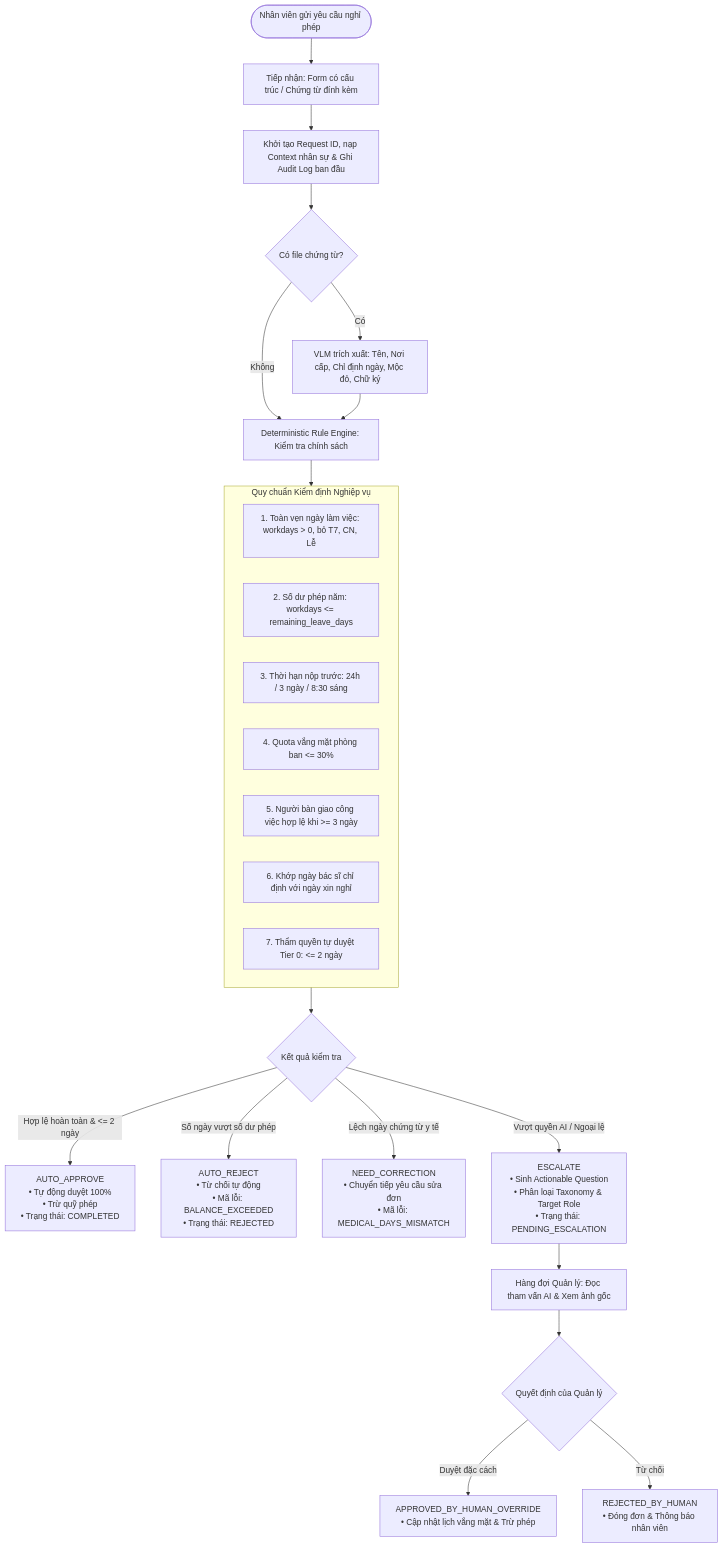
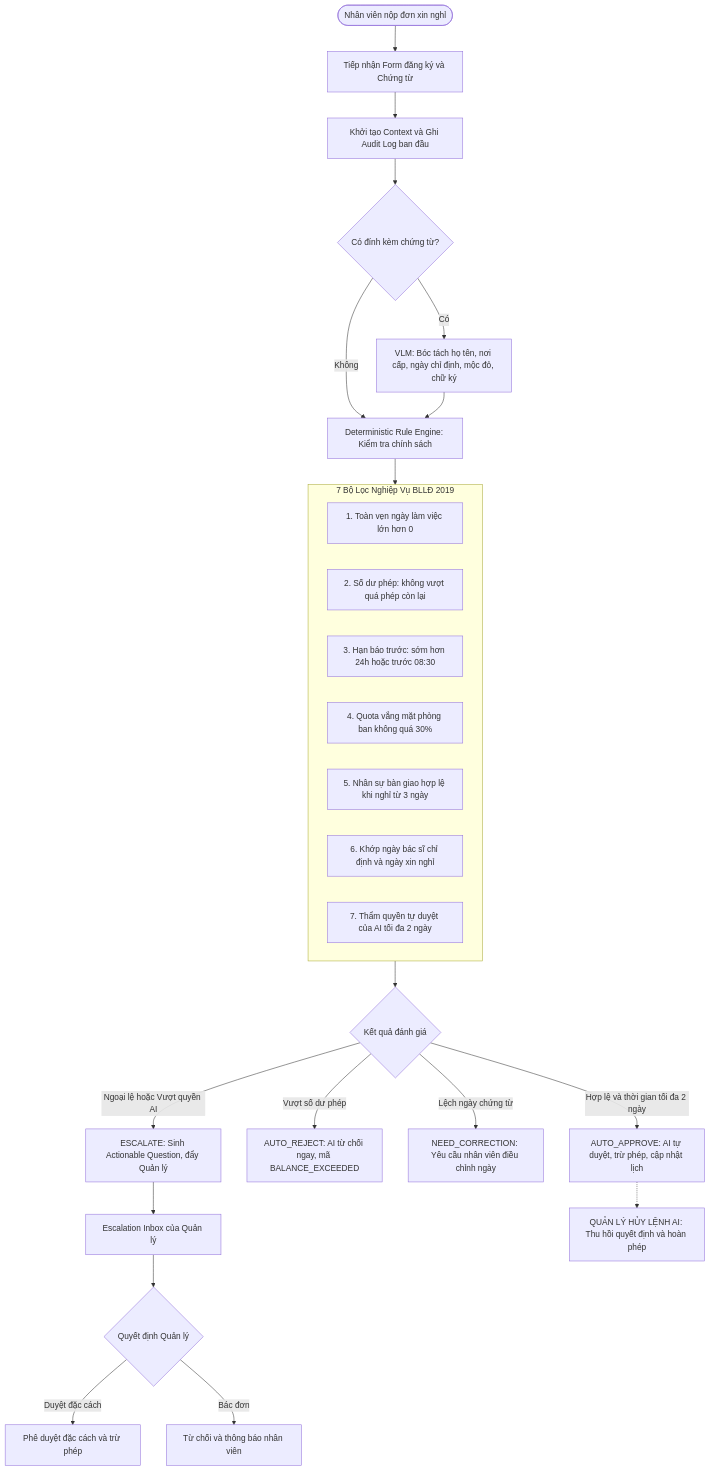
One commit to duonganhkiet2007/MLAI-PNKK-Leave-Management-System changed the diagram in README.md. Above: the diagram before and after it, drawn with Mermaid. The commit also changed other lines of this file, not shown here.

Commit message:
docs: cập nhật nội dung README tại máy cục bộ

````diff
--- a/README.md
+++ b/README.md
@@ -78,33 +33,35 @@
 ```mermaid
 flowchart TD
-    Start([Nhân viên gửi yêu cầu nghỉ phép]) --> Ingest[Tiếp nhận: Form có cấu trúc / Chứng từ đính kèm]
-    Ingest --> InitContext[Khởi tạo Request ID, nạp Context nhân sự & Ghi Audit Log ban đầu]
+    Start([Nhân viên nộp đơn xin nghỉ]) --> Ingest[Tiếp nhận Form đăng ký và Chứng từ]
+    Ingest --> InitContext[Khởi tạo Context và Ghi Audit Log ban đầu]
     
-    InitContext --> VLM_Scan{Có file chứng từ?}
-    VLM_Scan -- Có --> VLM_Engine[VLM trích xuất: Tên, Nơi cấp, Chỉ định ngày, Mộc đỏ, Chữ ký]
-    VLM_Scan -- Không --> Rule_Engine[Deterministic Rule Engine: Kiểm tra chính sách]
+    InitContext --> VLM_Scan{Có đính kèm chứng từ?}
+    VLM_Scan -->|Có| VLM_Engine[VLM: Bóc tách họ tên, nơi cấp, ngày chỉ định, mộc đỏ, chữ ký]
+    VLM_Scan -->|Không| Rule_Engine[Deterministic Rule Engine: Kiểm tra chính sách]
     VLM_Engine --> Rule_Engine
     
-    subgraph Rule_Check [Quy chuẩn Kiểm định Nghiệp vụ]
-        R1[1. Toàn vẹn ngày làm việc: workdays > 0, bỏ T7, CN, Lễ]
-        R2[2. Số dư phép năm: workdays <= remaining_leave_days]
-        R3[3. Thời hạn nộp trước: 24h / 3 ngày / 8:30 sáng]
-        R4[4. Quota vắng mặt phòng ban <= 30%]
-        R5[5. Người bàn giao công việc hợp lệ khi >= 3 ngày]
-        R6[6. Khớp ngày bác sĩ chỉ định với ngày xin nghỉ]
-        R7[7. Thẩm quyền tự duyệt Tier 0: <= 2 ngày]
+    subgraph Rule_Check [7 Bộ Lọc Nghiệp Vụ BLLĐ 2019]
+        R1[1. Toàn vẹn ngày làm việc lớn hơn 0]
+        R2[2. Số dư phép: không vượt quá phép còn lại]
+        R3[3. Hạn báo trước: sớm hơn 24h hoặc trước 08:30]
+        R4[4. Quota vắng mặt phòng ban không quá 30%]
+        R5[5. Nhân sự bàn giao hợp lệ khi nghỉ từ 3 ngày]
+        R6[6. Khớp ngày bác sĩ chỉ định và ngày xin nghỉ]
+        R7[7. Thẩm quyền tự duyệt của AI tối đa 2 ngày]
     end
     
     Rule_Engine --> Rule_Check
-    Rule_Check --> Decision_Branch{Kết quả kiểm tra}
+    Rule_Check --> Decision_Branch{Kết quả đánh giá}
     
-    Decision_Branch -- Hợp lệ hoàn toàn & <= 2 ngày --> D_Auto[AUTO_APPROVE\n• Tự động duyệt 100%\n• Trừ quỹ phép\n• Trạng thái: COMPLETED]
-    Decision_Branch -- Số ngày vượt số dư phép --> D_Reject[AUTO_REJECT\n• Từ chối tự động\n• Mã lỗi: BALANCE_EXCEEDED\n• Trạng thái: REJECTED]
-    Decision_Branch -- Lệch ngày chứng từ y tế --> D_Correction[NEED_CORRECTION\n• Chuyển tiếp yêu cầu sửa đơn\n• Mã lỗi: MEDICAL_DAYS_MISMATCH]
-    Decision_Branch -- Vượt quyền AI / Ngoại lệ --> D_Escalate[ESCALATE\n• Sinh Actionable Question\n• Phân loại Taxonomy & Target Role\n• Trạng thái: PENDING_ESCALATION]
+    Decision_Branch -->|Hợp lệ và thời gian tối đa 2 ngày| D_Auto[AUTO_APPROVE: AI tự duyệt, trừ phép, cập nhật lịch]
+    Decision_Branch -->|Vượt số dư phép| D_Reject[AUTO_REJECT: AI từ chối ngay, mã BALANCE_EXCEEDED]
+    Decision_Branch -->|Lệch ngày chứng từ| D_Correction[NEED_CORRECTION: Yêu cầu nhân viên điều chỉnh ngày]
+    Decision_Branch -->|Ngoại lệ hoặc Vượt quyền AI| D_Escalate[ESCALATE: Sinh Actionable Question, đẩy Quản lý]
     
-    D_Escalate --> Human_Inbox[Hàng đợi Quản lý: Đọc tham vấn AI & Xem ảnh gốc]
-    Human_Inbox --> Human_Action{Quyết định của Quản lý}
-    Human_Action -- Duyệt đặc cách --> H_Approve[APPROVED_BY_HUMAN_OVERRIDE\n• Cập nhật lịch vắng mặt & Trừ phép]
-    Human_Action -- Từ chối --> H_Reject[REJECTED_BY_HUMAN\n• Đóng đơn & Thông báo nhân viên]
+    D_Escalate --> Human_Inbox[Escalation Inbox của Quản lý]
+    Human_Inbox --> Human_Action{Quyết định Quản lý}
+    Human_Action -->|Duyệt đặc cách| H_Approve[Phê duyệt đặc cách và trừ phép]
+    Human_Action -->|Bác đơn| H_Reject[Từ chối và thông báo nhân viên]
+    
+    D_Auto -.-> Override[QUẢN LÝ HỦY LỆNH AI: Thu hồi quyết định và hoàn phép]
 ```
````
